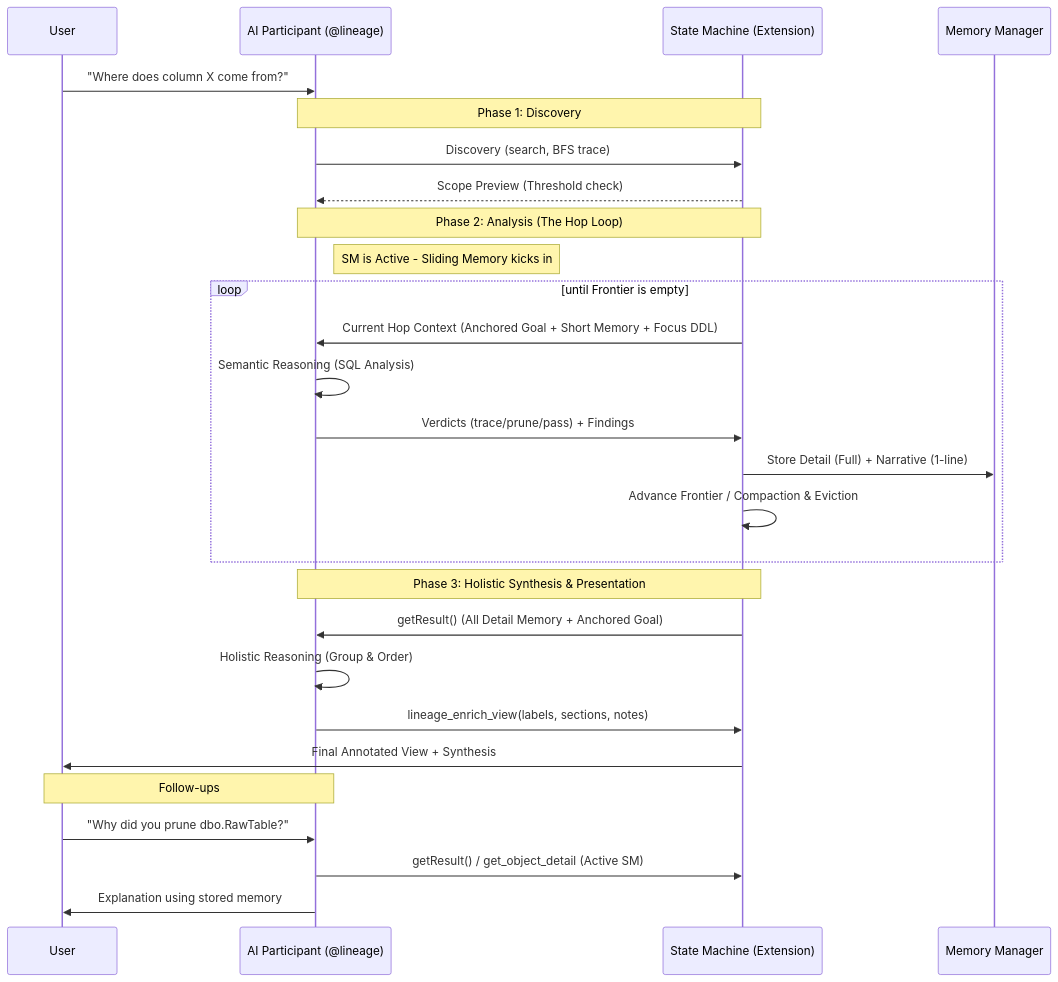
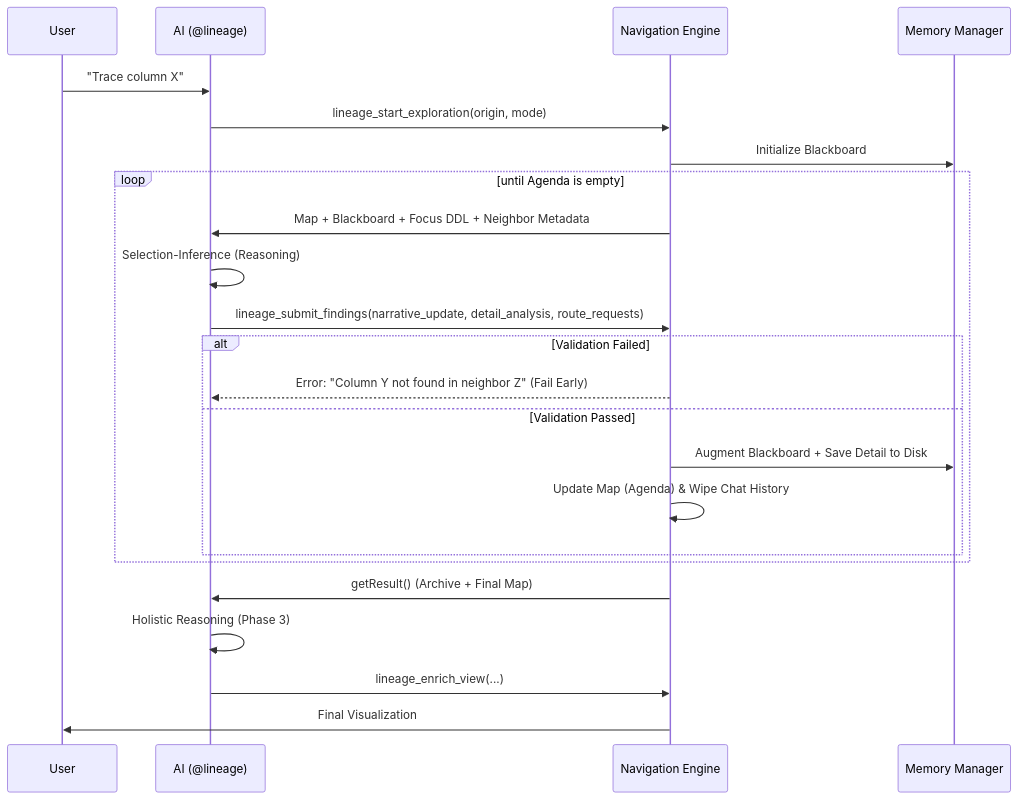
One commit to ChrisDevRepo/vscode_data_lineage changed the diagram in docs/AI_ARCHITECTURE.md. Above: the diagram before and after it, drawn with Mermaid. The commit also changed other lines of this file and 16 other files, not shown here.

First line of the commit message:
feat: implement grounded router architecture and unified navigation engine

````diff
--- a/docs/AI_ARCHITECTURE.md
+++ b/docs/AI_ARCHITECTURE.md
@@ -74,34 +71,28 @@
 ```mermaid
 sequenceDiagram
     participant U as User
-    participant AI as AI Participant (@lineage)
-    participant SM as State Machine (Extension)
+    participant AI as AI (@lineage)
+    participant SM as Navigation Engine
     participant MM as Memory Manager
 
-    U->>AI: "Where does column X come from?"
+    U->>AI: "Trace column X"
+    AI->>SM: lineage_start_exploration(origin, mode)
+    SM->>MM: Initialize Blackboard
     
-    Note over AI,SM: Phase 1: Discovery
-    AI->>SM: Discovery (search, BFS trace)
-    SM-->>AI: Scope Preview (Threshold check)
-    
-    Note over AI,SM: Phase 2: Analysis (The Hop Loop)
-    Note right of AI: SM is Active - Sliding Memory kicks in
-    loop until Frontier is empty
-        SM->>AI: Current Hop Context (Anchored Goal + Short Memory + Focus DDL)
-        AI->>AI: Semantic Reasoning (SQL Analysis)
-        AI->>SM: Verdicts (trace/prune/pass) + Findings
-        SM->>MM: Store Detail (Full) + Narrative (1-line)
-        SM->>SM: Advance Frontier / Compaction & Eviction
+    loop until Agenda is empty
+        SM->>AI: Map + Blackboard + Focus DDL + Neighbor Metadata
+        AI->>AI: Selection-Inference (Reasoning)
+        AI->>SM: lineage_submit_findings(narrative_update, detail_analysis, route_requests)
+        alt Validation Failed
+            SM-->>AI: Error: "Column Y not found in neighbor Z" (Fail Early)
+        else Validation Passed
+            SM->>MM: Augment Blackboard + Save Detail to Disk
+            SM->>SM: Update Map (Agenda) & Wipe Chat History
+        end
     end
 
-    Note over AI,SM: Phase 3: Holistic Synthesis & Presentation
-    SM->>AI: getResult() (All Detail Memory + Anchored Goal)
-    AI->>AI: Holistic Reasoning (Group & Order)
-    AI->>SM: lineage_enrich_view(labels, sections, notes)
-    SM->>U: Final Annotated View + Synthesis
-    
-    Note over U,AI: Follow-ups
-    U->>AI: "Why did you prune dbo.RawTable?"
-    AI->>SM: getResult() / get_object_detail (Active SM)
-    AI->>U: Explanation using stored memory
+    SM->>AI: getResult() (Archive + Final Map)
+    AI->>AI: Holistic Reasoning (Phase 3)
+    AI->>SM: lineage_enrich_view(...)
+    SM->>U: Final Visualization
 ```
````
